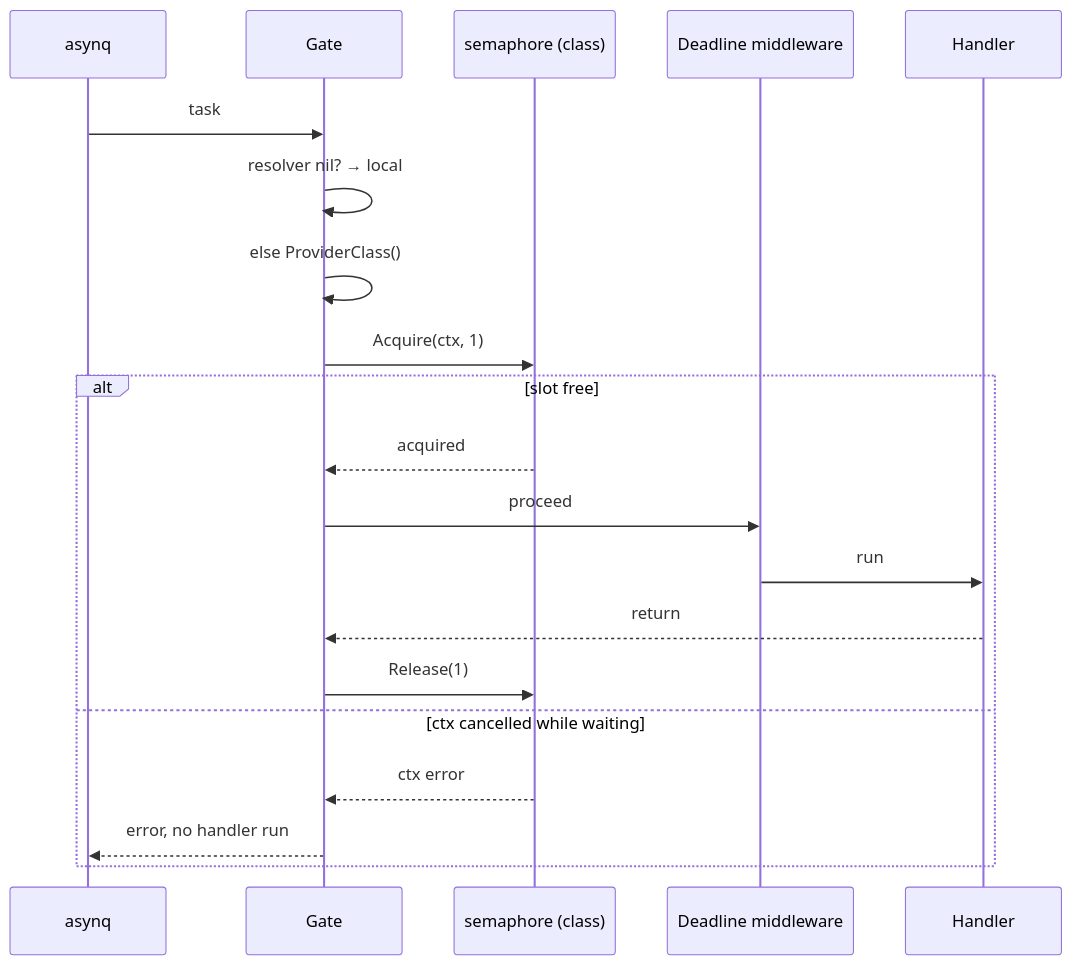
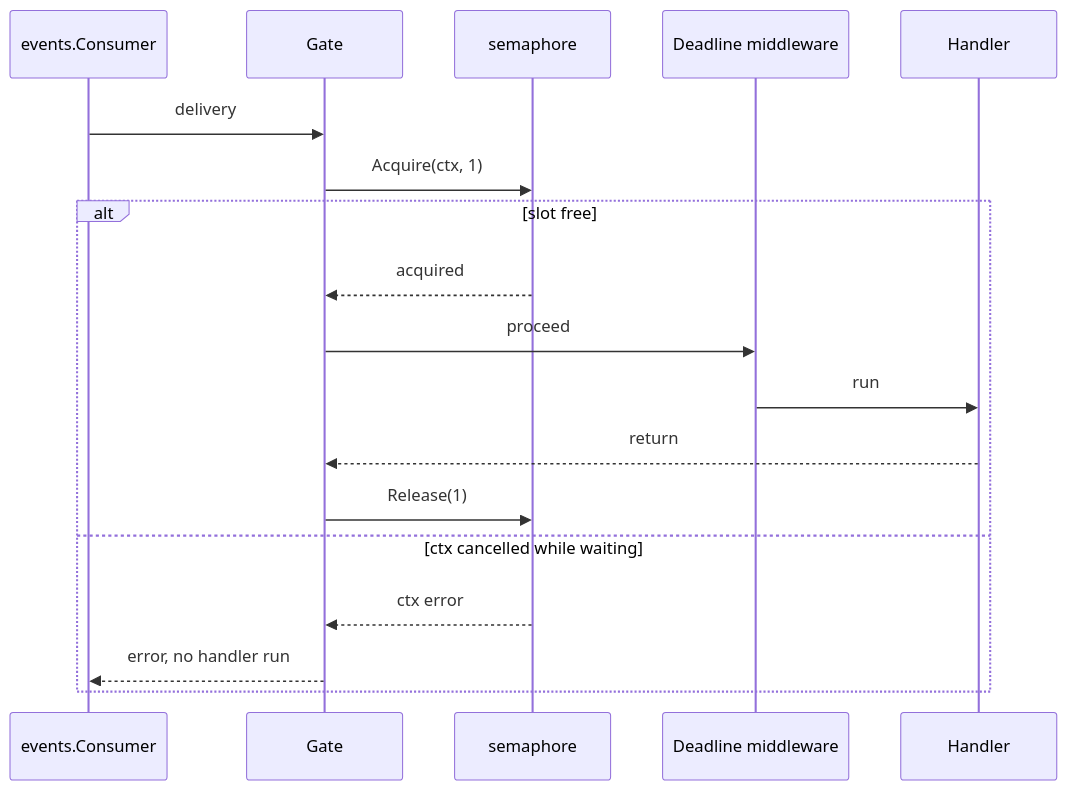
The second of 5 diagrams in docs/docs/async/workers-and-queues.md (nonamecat19/job-finder), drawn with Mermaid before and after one commit. The commit also changed other lines of this file and 13 other files, not shown here.

````diff
--- a/docs/docs/async/workers-and-queues.md
+++ b/docs/docs/async/workers-and-queues.md
@@ -64,22 +64,20 @@
 ```mermaid
 sequenceDiagram
-    participant A as asynq
+    participant C as events.Consumer
     participant G as Gate
-    participant S as semaphore (class)
+    participant S as semaphore
     participant D as Deadline middleware
     participant H as Handler
-    A->>G: task
-    G->>G: resolver nil? → local
-    G->>G: else ProviderClass()
+    C->>G: delivery
     G->>S: Acquire(ctx, 1)
     alt slot free
         S-->>G: acquired
         G->>D: proceed
         D->>H: run
         H-->>G: return
         G->>S: Release(1)
     else ctx cancelled while waiting
         S-->>G: ctx error
-        G-->>A: error, no handler run
+        G-->>C: error, no handler run
     end
 ```
````
